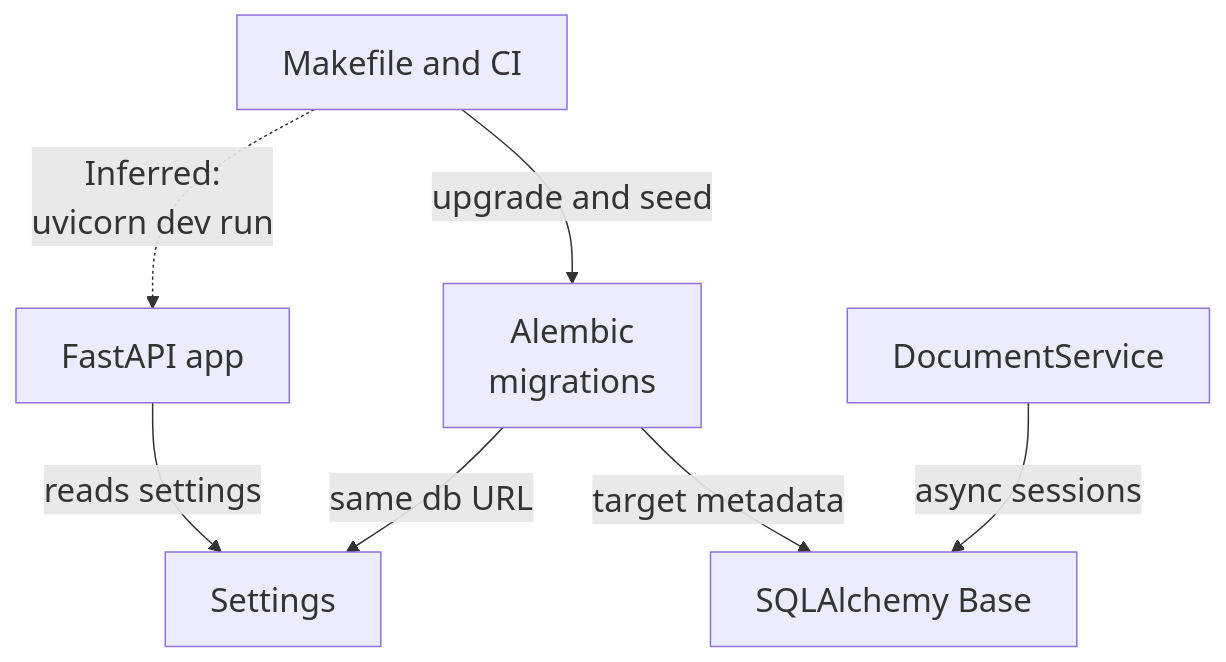
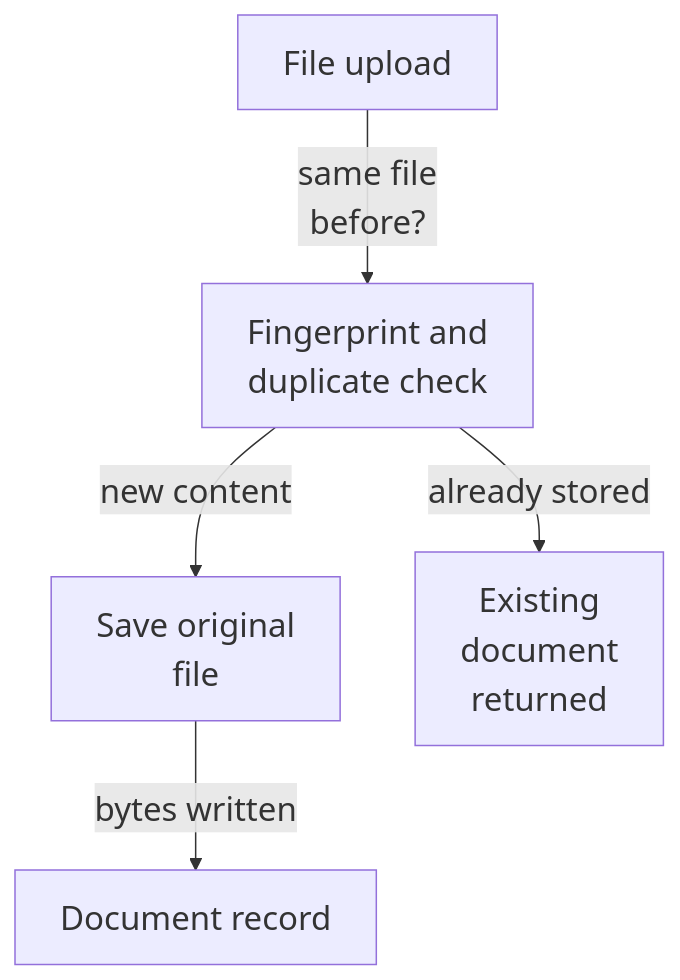
One commit to Justin-Mendoza/Afterclass changed the third of 6 diagrams in README.md. Above: the diagram before and after it, drawn with Mermaid. The commit also changed other lines of this file and 91 other files, not shown here.

````diff
--- a/README.md
+++ b/README.md
@@ -52,16 +66,13 @@
 ```mermaid
 %%{init: {"themeVariables": {"fontSize": "22px"}}}%%
 flowchart TD
-  n0["FastAPI app"]
-  n1["Settings"]
-  n2["SQLAlchemy Base"]
-  n3["DocumentService"]
-  n4["Makefile and CI"]
-  n5["Alembic<br/>migrations"]
-  n0 -->|"reads settings"| n1
-  n5 -->|"same db URL"| n1
-  n5 -->|"target metadata"| n2
-  n3 -->|"async sessions"| n2
-  n4 -->|"upgrade and seed"| n5
-  n4 -.->|"Inferred:<br/>uvicorn dev run"| n0
+  n0["File upload"]
+  n1["Fingerprint and<br/>duplicate check"]
+  n2["Save original<br/>file"]
+  n3["Document record"]
+  n4["Existing<br/>document<br/>returned"]
+  n0 -->|"same file<br/>before?"| n1
+  n1 -->|"already stored"| n4
+  n1 -->|"new content"| n2
+  n2 -->|"bytes written"| n3
 ```
````
